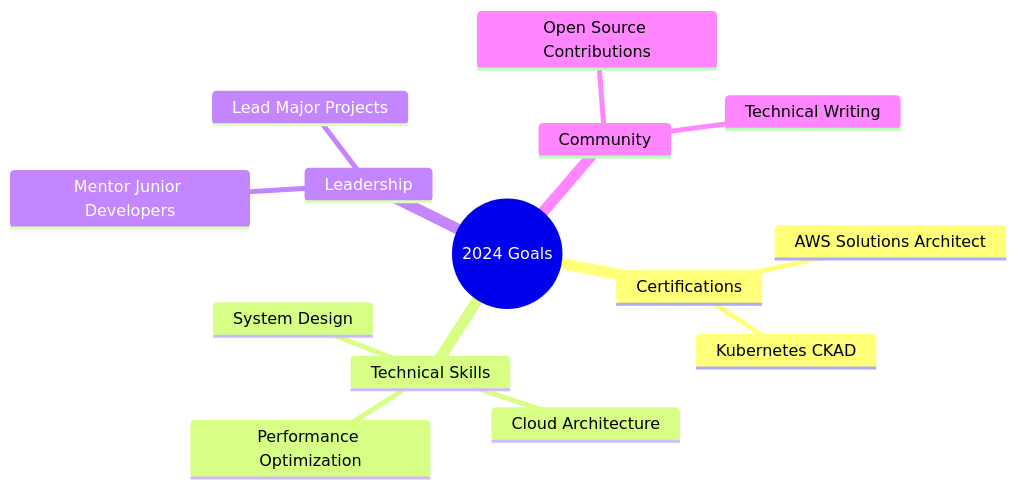
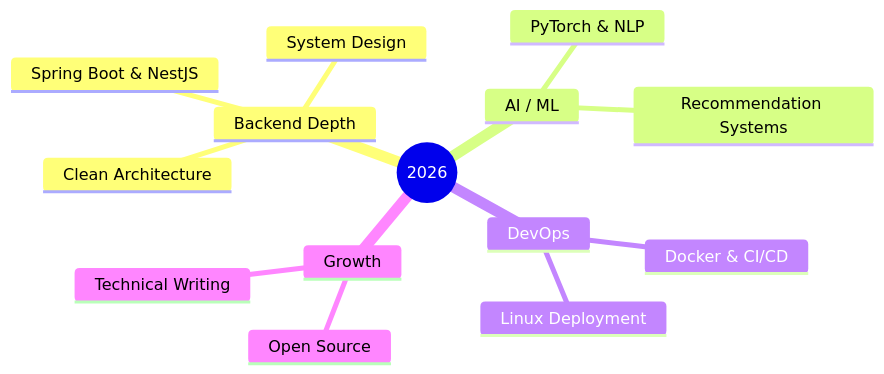
Before and after one commit to hoangtuanphong1a/hoangtuanphong1a: the second of 2 diagrams in README.md, drawn with Mermaid. The commit also changed other lines of this file, not shown here.

````diff
--- a/README.md
+++ b/README.md
@@ -166,17 +228,17 @@
 ```mermaid
 mindmap
-  root((2024 Goals))
-    Certifications
-      AWS Solutions Architect
-      Kubernetes CKAD
-    Technical Skills
+  root((2026))
+    Backend Depth
+      Spring Boot & NestJS
+      Clean Architecture
       System Design
-      Cloud Architecture
-      Performance Optimization
-    Leadership
-      Mentor Junior Developers
-      Lead Major Projects
-    Community
-      Open Source Contributions
+    AI / ML
+      PyTorch & NLP
+      Recommendation Systems
+    DevOps
+      Docker & CI/CD
+      Linux Deployment
+    Growth
+      Open Source
       Technical Writing
 ```
````
